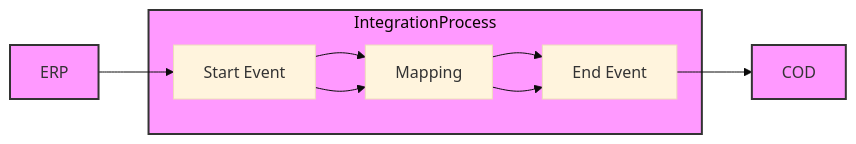
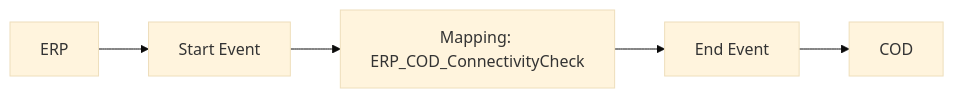
One commit to Avvale-IA-CICD/AvvaleCPI changed the diagram in MMZ - Cell Iflows/Check_Connectivity_from_SAP_Business_Suite_MMZ-1.0.3/readme.md. Above: the diagram before and after it, drawn with Mermaid (base theme). The commit also changed other lines of this file, not shown here.

Commit message:
Add/update documentation for Check_Connectivity_from_SAP_Business_Suite_MMZ v1.0.3

````diff
--- a/MMZ - Cell Iflows/Check_Connectivity_from_SAP_Business_Suite_MMZ-1.0.3/readme.md
+++ b/MMZ - Cell Iflows/Check_Connectivity_from_SAP_Business_Suite_MMZ-1.0.3/readme.md
@@ -4,21 +4,7 @@
 ```mermaid
 graph LR
-    style ERP fill:#f9f,stroke:#333,stroke-width:2px
-    style IntegrationProcess fill:#f9f,stroke:#333,stroke-width:2px
-    style COD fill:#f9f,stroke:#333,stroke-width:2px
-    ERP[ERP]
-    IntegrationProcess[Integration Process]
-    COD[COD]
-    Start[Start Event]
-    Mapping[Mapping]
-    End[End Event]
-
-    ERP --> Start
-    Start --> Mapping
-    Mapping --> End
-    End --> COD
-    subgraph IntegrationProcess
-    Start --> Mapping
-    Mapping --> End
-    end
+    ERP[ERP] --> StartEvent[Start Event]
+    StartEvent --> Mapping[Mapping: ERP_COD_ConnectivityCheck]
+    Mapping --> EndEvent[End Event]
+    EndEvent --> COD[COD]
 ```
````
